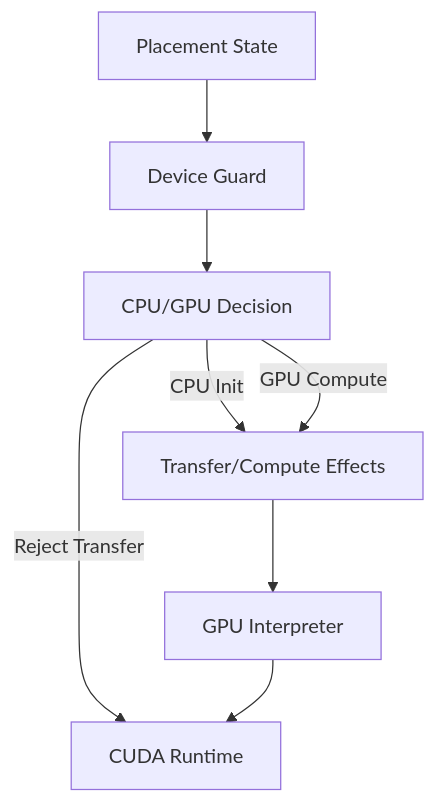
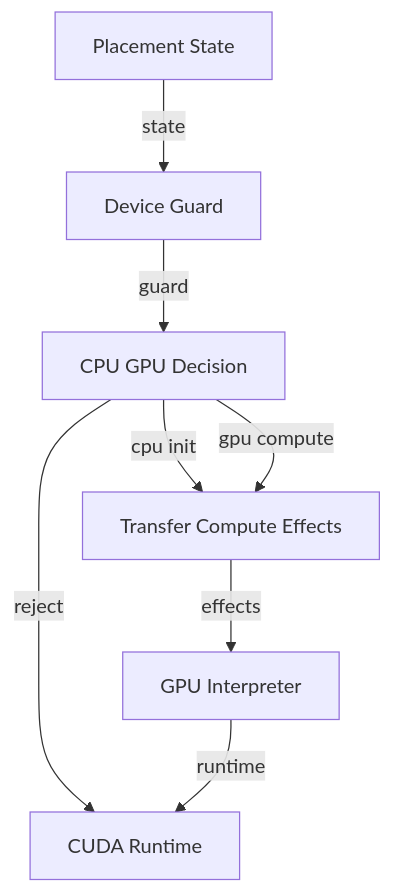
Before and after one commit to Tuee22/SpectralMC: the diagram in documents/engineering/cpu_gpu_compute_policy.md, drawn with Mermaid. The commit also changed other lines of this file and 29 other files, not shown here.

````diff
--- a/documents/engineering/cpu_gpu_compute_policy.md
+++ b/documents/engineering/cpu_gpu_compute_policy.md
@@ -292,17 +292,17 @@
 ```mermaid
 flowchart TB
   Placement[Placement State]
   Guard[Device Guard]
-  Decision[CPU/GPU Decision]
-  Effects[Transfer/Compute Effects]
+  Decision[CPU GPU Decision]
+  Effects[Transfer Compute Effects]
   Interpreter[GPU Interpreter]
   Runtime[CUDA Runtime]
 
-  Placement --> Guard
-  Guard --> Decision
-  Decision -->|CPU Init| Effects
-  Decision -->|GPU Compute| Effects
-  Decision -->|Reject Transfer| Runtime
-  Effects --> Interpreter
-  Interpreter --> Runtime
+  Placement -->|state| Guard
+  Guard -->|guard| Decision
+  Decision -->|cpu init| Effects
+  Decision -->|gpu compute| Effects
+  Decision -->|reject| Runtime
+  Effects -->|effects| Interpreter
+  Interpreter -->|runtime| Runtime
 ```
````
